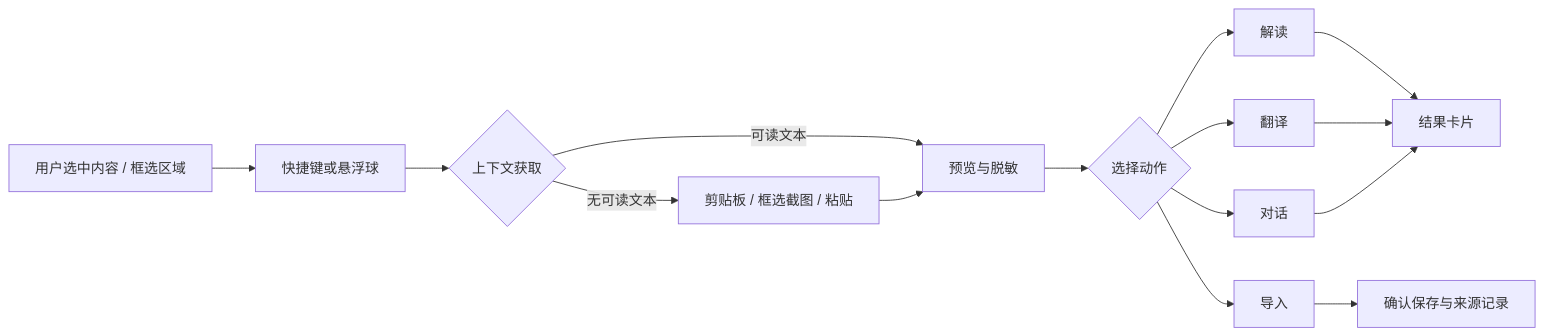
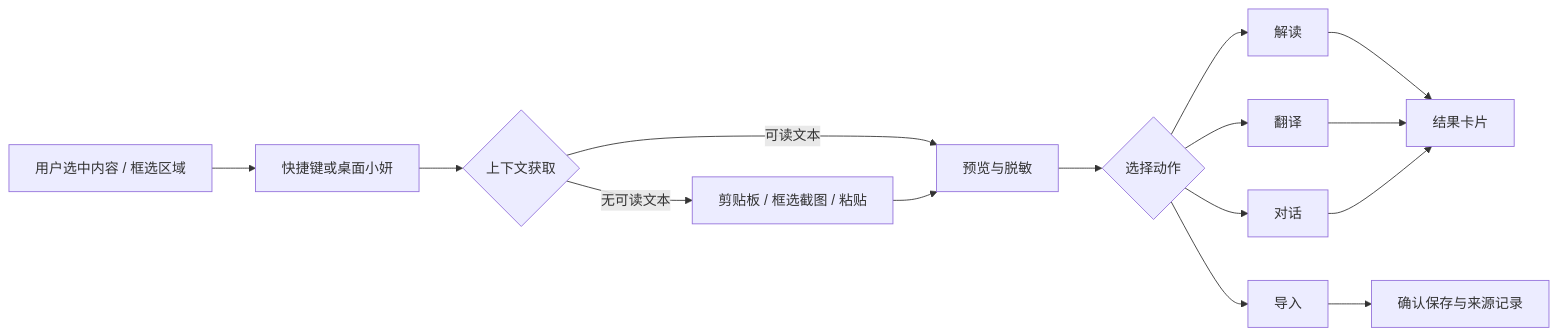
The first of 3 diagrams in docs/PRD-0.6.0-桌面悬浮助手.md (Yurken/xiaoyan), drawn with Mermaid before and after one commit. The commit also changed other lines of this file and 11 other files, not shown here.

````diff
--- a/docs/PRD-0.6.0-桌面悬浮助手.md
+++ b/docs/PRD-0.6.0-桌面悬浮助手.md
@@ -125,17 +125,17 @@
 ```mermaid
 flowchart LR
-  A[用户选中内容 / 框选区域] --> B[快捷键或悬浮球]
+  A[用户选中内容 / 框选区域] --> B[快捷键或桌面小妍]
   B --> C{上下文获取}
   C -->|可读文本| D[预览与脱敏]
   C -->|无可读文本| E[剪贴板 / 框选截图 / 粘贴]
   E --> D
   D --> F{选择动作}
   F --> G[解读]
   F --> H[翻译]
   F --> I[对话]
   F --> J[导入]
   G --> K[结果卡片]
   H --> K
   I --> K
   J --> L[确认保存与来源记录]
 ```
````
